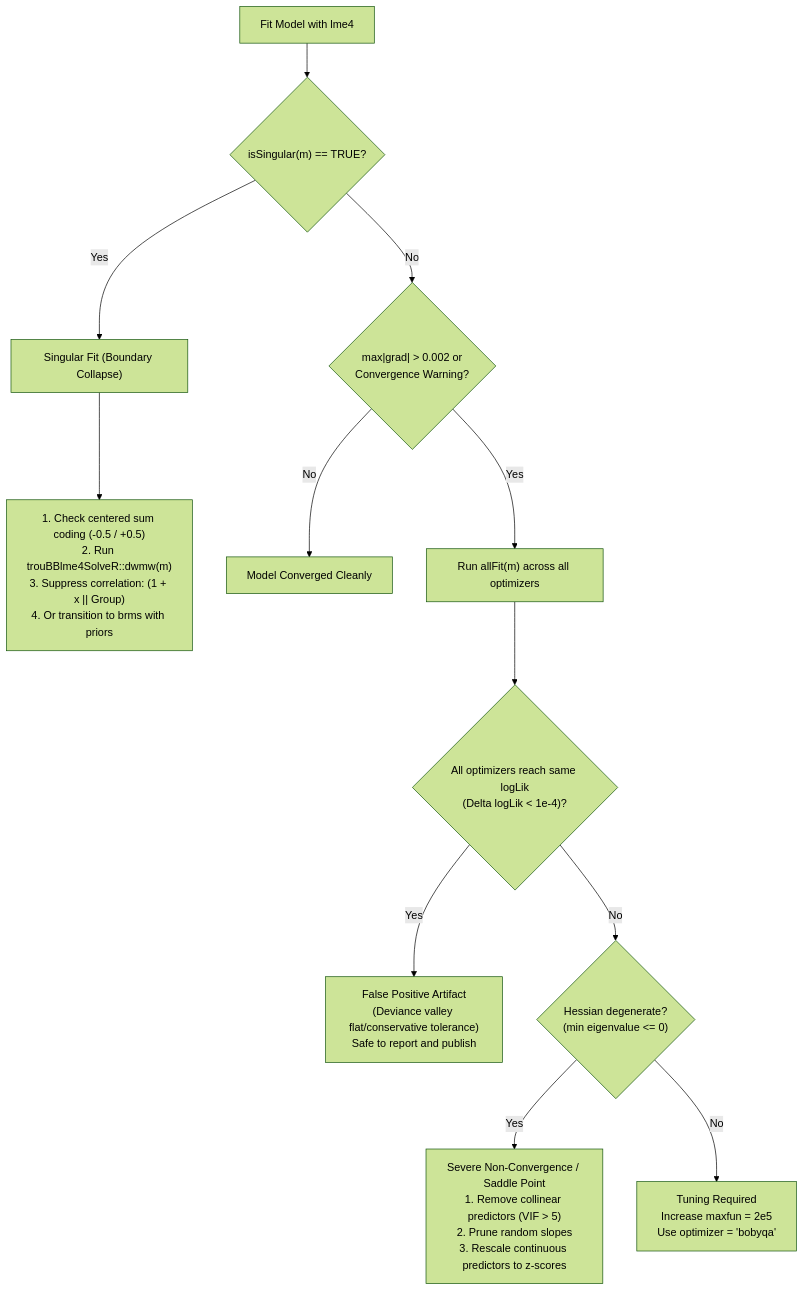
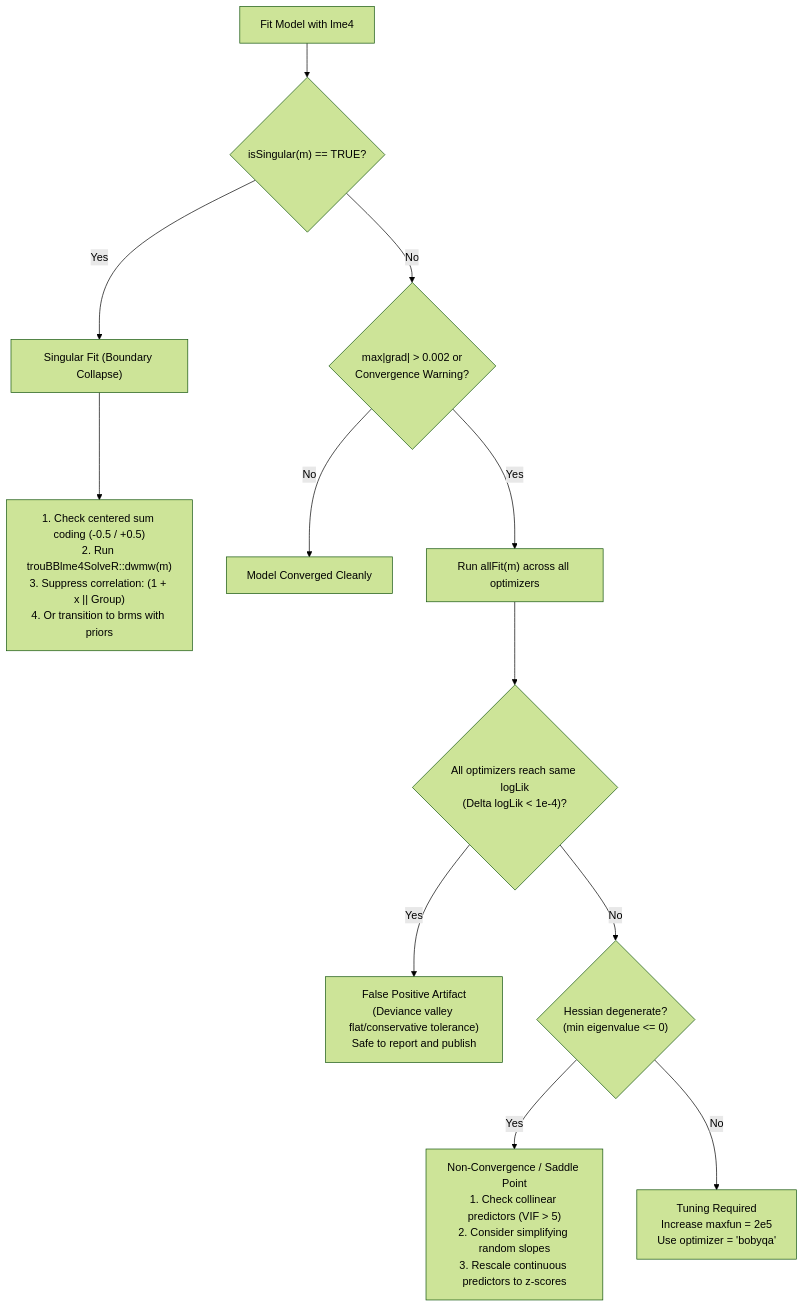
Before and after one commit to jobschepens/brms-ws: the diagram in materials/lme4/session29-lme4-model-criticism.qmd, drawn with Mermaid (forest theme). The commit also changed other lines of this file, not shown here.

````diff
--- a/materials/lme4/session29-lme4-model-criticism.qmd
+++ b/materials/lme4/session29-lme4-model-criticism.qmd
@@ -617,20 +617,20 @@
 ```{mermaid}
 flowchart TD
     Start["Fit Model with lme4"] --> CheckSingular{"isSingular(m) == TRUE?"}
     
     CheckSingular -- Yes --> SingAction["Singular Fit (Boundary Collapse)"]
     SingAction --> SingSteps["1. Check centered sum coding (-0.5 / +0.5)<br/>2. Run trouBBlme4SolveR::dwmw(m)<br/>3. Suppress correlation: (1 + x || Group)<br/>4. Or transition to brms with priors"]
     
     CheckSingular -- No --> CheckGrad{"max|grad| > 0.002 or<br/>Convergence Warning?"}
     
     CheckGrad -- No --> OK["Model Converged Cleanly"]
     
     CheckGrad -- Yes --> RunAllFit["Run allFit(m) across all optimizers"]
     RunAllFit --> EvalAllFit{"All optimizers reach same logLik<br/>(Delta logLik < 1e-4)?"}
     
     EvalAllFit -- Yes --> FalsePos["False Positive Artifact<br/>(Deviance valley flat/conservative tolerance)<br/>Safe to report and publish"]
     
     EvalAllFit -- No --> CheckHess{"Hessian degenerate?<br/>(min eigenvalue <= 0)"}
-    CheckHess -- Yes --> Severe["Severe Non-Convergence / Saddle Point<br/>1. Remove collinear predictors (VIF > 5)<br/>2. Prune random slopes<br/>3. Rescale continuous predictors to z-scores"]
+    CheckHess -- Yes --> HessProblem["Non-Convergence / Saddle Point<br/>1. Check collinear predictors (VIF > 5)<br/>2. Consider simplifying random slopes<br/>3. Rescale continuous predictors to z-scores"]
     CheckHess -- No --> OptTune["Tuning Required<br/>Increase maxfun = 2e5<br/>Use optimizer = 'bobyqa'"]
 ```
````
